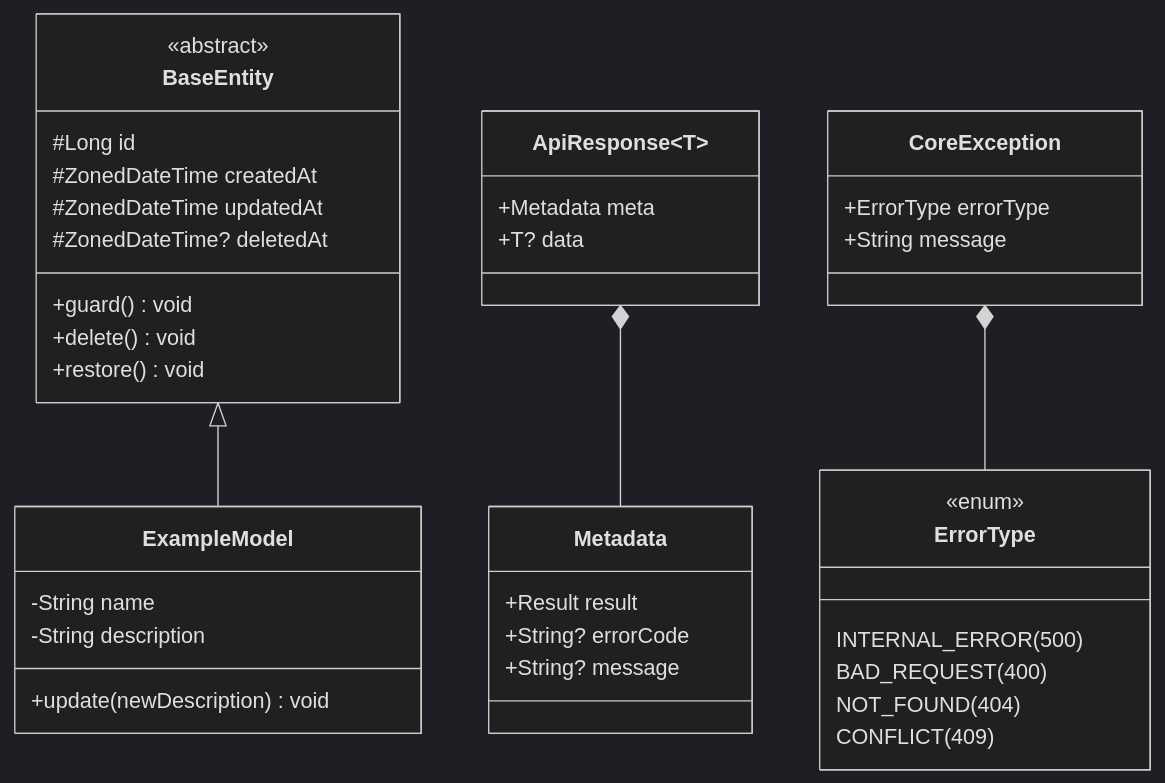
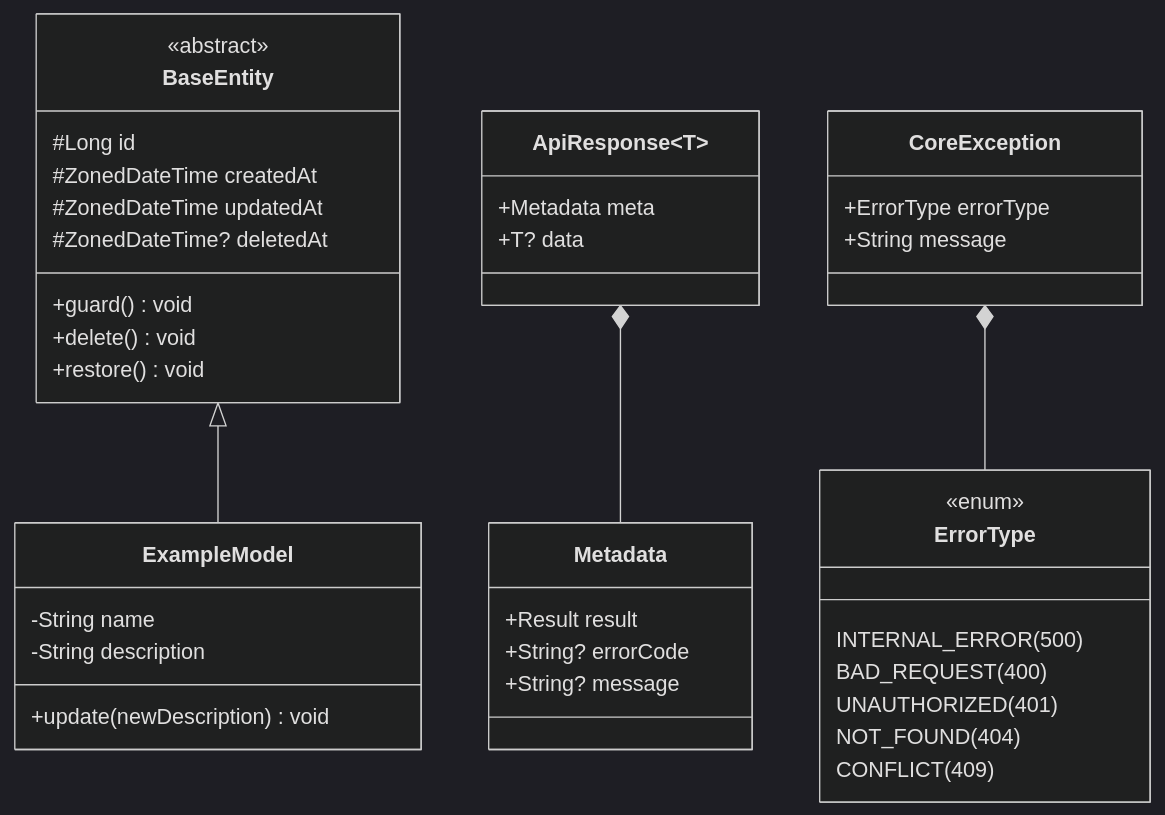
The third of 9 diagrams in CLAUDE.md (Loopers-dev-lab/loop-pack-be-l2-vol3-kotlin), drawn with Mermaid (dark theme) before and after one commit. The commit also changed other lines of this file, not shown here.

````diff
--- a/CLAUDE.md
+++ b/CLAUDE.md
@@ -171,47 +171,48 @@
 ```mermaid
 classDiagram
     class BaseEntity {
         <<abstract>>
         #Long id
         #ZonedDateTime createdAt
         #ZonedDateTime updatedAt
         #ZonedDateTime? deletedAt
         +guard() void
         +delete() void
         +restore() void
     }
 
     class ExampleModel {
         -String name
         -String description
         +update(newDescription) void
     }
 
     class ApiResponse~T~ {
         +Metadata meta
         +T? data
     }
 
     class Metadata {
         +Result result
         +String? errorCode
         +String? message
     }
 
     class CoreException {
         +ErrorType errorType
         +String message
     }
 
     class ErrorType {
         <<enum>>
         INTERNAL_ERROR (500)
         BAD_REQUEST (400)
+        UNAUTHORIZED (401)
         NOT_FOUND (404)
         CONFLICT (409)
     }
 
     BaseEntity <|-- ExampleModel
     ApiResponse *-- Metadata
     CoreException *-- ErrorType
 ```
````
